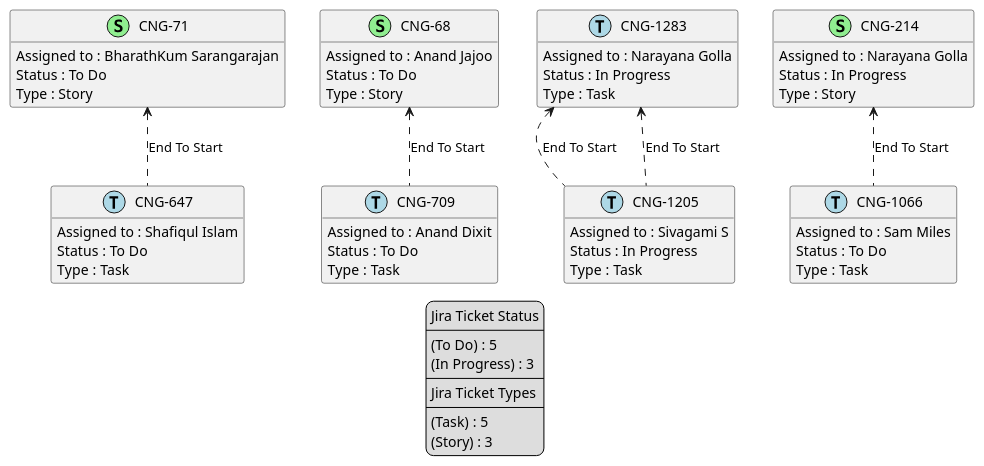
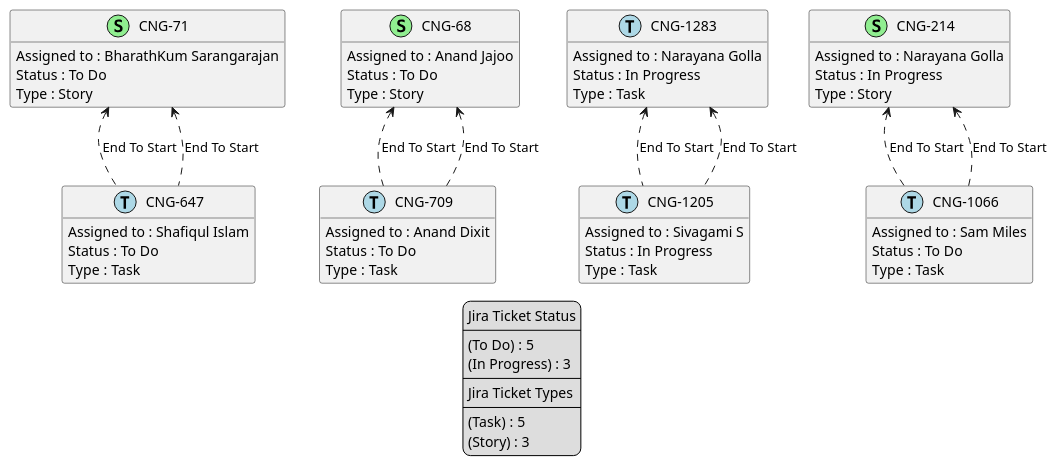
The diagram in temp/jiraEnd To Start.puml (brunasti/jiraplotter), drawn with PlantUML before and after one commit. The commit also changed 56 other files, not shown here.

```diff
--- a/temp/jiraEnd To Start.puml
+++ b/temp/jiraEnd To Start.puml
@@ -1,81 +1,84 @@
 @startuml
 'https://plantuml.com/class-diagram
 
 ' GENERATE CLASS DIAGRAM ===========
-' Generated at    : Mon Apr 15 14:04:21 CEST 2024
+' Generated at    : Mon Apr 15 15:10:51 CEST 2024
 
 hide empty members
 
 legend
 Jira Ticket Status
 ----
 (To Do) : 5
 (In Progress) : 3
 ----
 Jira Ticket Types
 ----
 (Task) : 5
 (Story) : 3
 end legend
 
 
 ' Tickets =======
 class "CNG-647" << (T,lightblue) >> {
   Assigned to : Shafiqul Islam
   Status : To Do
   Type : Task
 }
 
 class "CNG-68" << (S,lightgreen) >> {
   Assigned to : Anand Jajoo
   Status : To Do
   Type : Story
 }
 
 class "CNG-1283" << (T,lightblue) >> {
   Assigned to : Narayana Golla
   Status : In Progress
   Type : Task
 }
 
 class "CNG-709" << (T,lightblue) >> {
   Assigned to : Anand Dixit
   Status : To Do
   Type : Task
 }
 
 class "CNG-1205" << (T,lightblue) >> {
   Assigned to : Sivagami S
   Status : In Progress
   Type : Task
 }
 
 class "CNG-71" << (S,lightgreen) >> {
   Assigned to : BharathKum Sarangarajan
   Status : To Do
   Type : Story
 }
 
 class "CNG-214" << (S,lightgreen) >> {
   Assigned to : Narayana Golla
   Status : In Progress
   Type : Story
 }
 
 class "CNG-1066" << (T,lightblue) >> {
   Assigned to : Sam Miles
   Status : To Do
   Type : Task
 }
 
 
 
 ' Links =======
 "CNG-214" <.. "CNG-1066" : End To Start
+"CNG-214" <.. "CNG-1066" : End To Start
+"CNG-68" <.. "CNG-709" : End To Start
 "CNG-68" <.. "CNG-709" : End To Start
 "CNG-1283" <.. "CNG-1205" : End To Start
 "CNG-1283" <.. "CNG-1205" : End To Start
 "CNG-71" <.. "CNG-647" : End To Start
+"CNG-71" <.. "CNG-647" : End To Start
 
 
 @enduml
```
